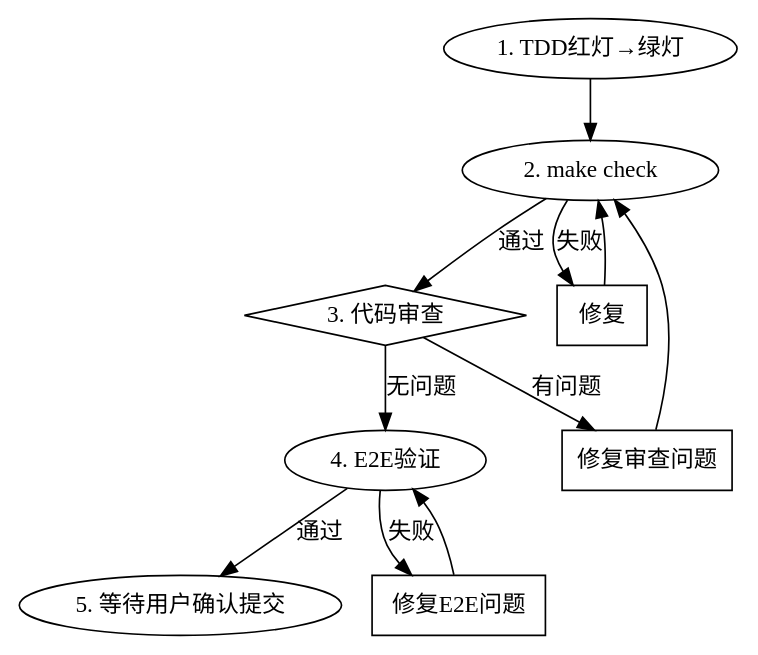
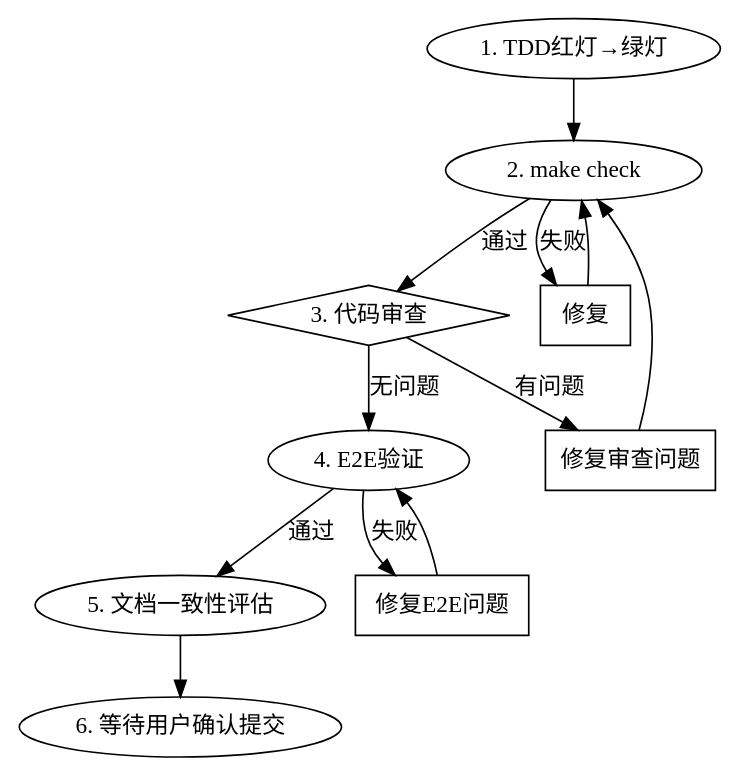
One commit to morris2026/orbion changed the diagram in .claude/skills/orbion-impl-plans/SKILL.md. Above: the diagram before and after it, drawn with Graphviz. The commit also changed other lines of this file, not shown here.

````diff
--- a/.claude/skills/orbion-impl-plans/SKILL.md
+++ b/.claude/skills/orbion-impl-plans/SKILL.md
@@ -25,23 +25,25 @@
 ```dot
 digraph implement_step {
     rankdir=TB;
     node [shape=box];
 
     "1. TDD红灯→绿灯" [shape=ellipse];
     "2. make check" [shape=ellipse];
     "3. 代码审查" [shape=diamond];
     "4. E2E验证" [shape=ellipse];
-    "5. 等待用户确认提交" [shape=ellipse];
+    "5. 文档一致性评估" [shape=ellipse];
+    "6. 等待用户确认提交" [shape=ellipse];
 
     "1. TDD红灯→绿灯" -> "2. make check";
     "2. make check" -> "3. 代码审查" [label="通过"];
     "2. make check" -> "修复" [label="失败"];
     "修复" -> "2. make check";
     "3. 代码审查" -> "4. E2E验证" [label="无问题"];
     "3. 代码审查" -> "修复审查问题" [label="有问题"];
     "修复审查问题" -> "2. make check";
-    "4. E2E验证" -> "5. 等待用户确认提交" [label="通过"];
+    "4. E2E验证" -> "5. 文档一致性评估" [label="通过"];
     "4. E2E验证" -> "修复E2E问题" [label="失败"];
     "修复E2E问题" -> "4. E2E验证";
+    "5. 文档一致性评估" -> "6. 等待用户确认提交";
 }
 ```
````
